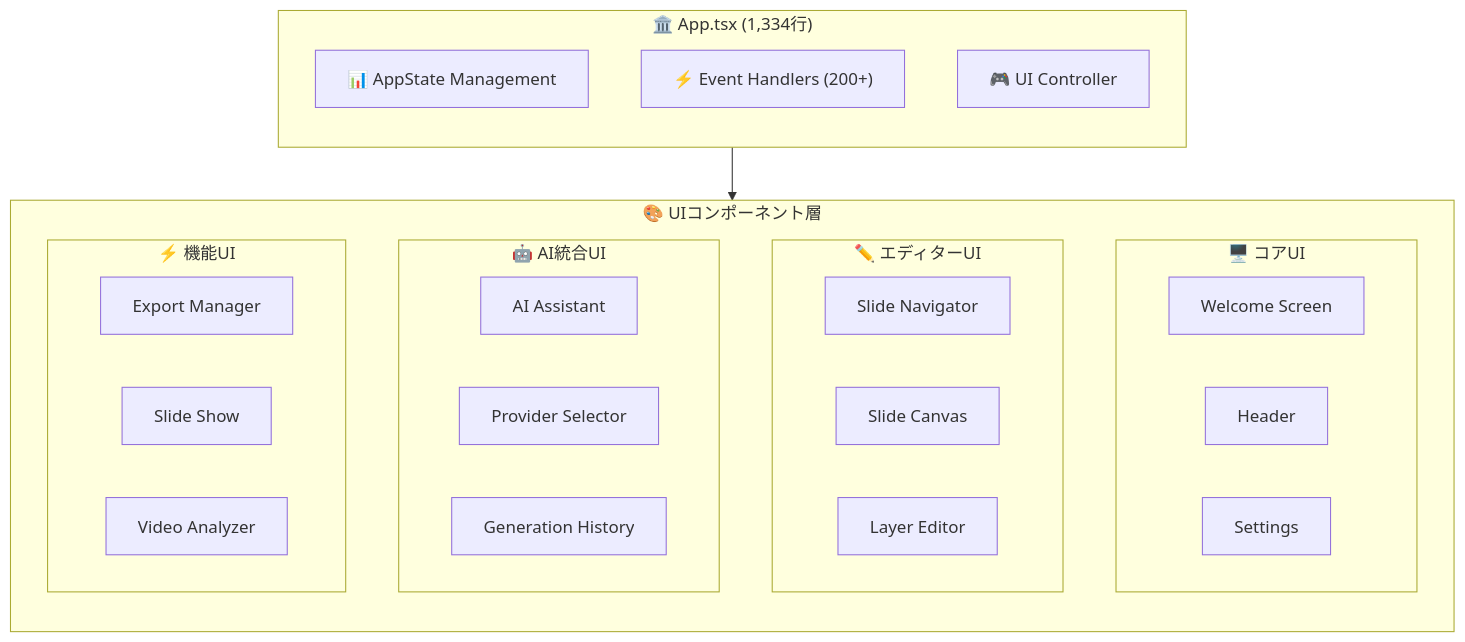
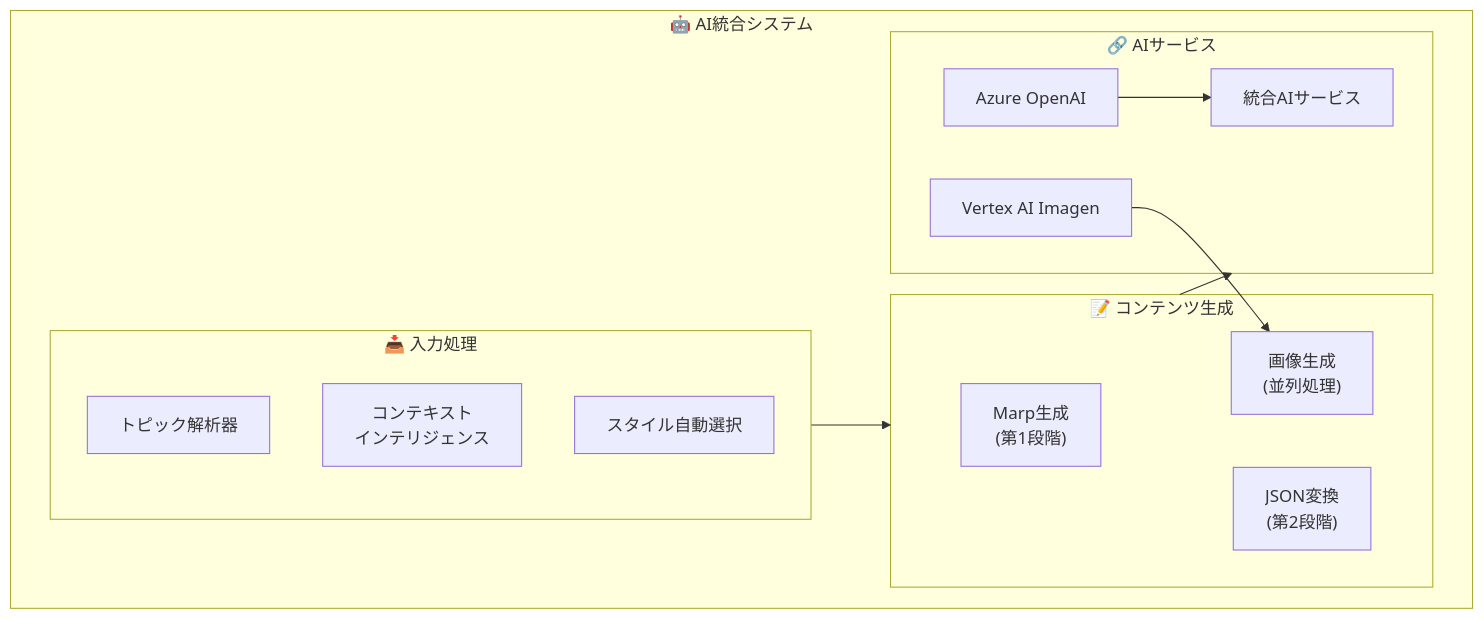
The second of 9 diagrams in docs/02_Basic_Design.md (t2k2pp/SlideMaster), drawn with Mermaid before and after one commit. The commit also changed other lines of this file and 4 other files, not shown here.

````diff
--- a/docs/02_Basic_Design.md
+++ b/docs/02_Basic_Design.md
@@ -97,40 +97,28 @@
 ```mermaid
 graph TD
-    subgraph App_Core["🏛️ App.tsx (1,334行)"]
-        direction TB
-        
-        AppState["📊 AppState Management"]
-        EventHandlers["⚡ Event Handlers (200+)"]
-        UIController["🎮 UI Controller"]
-    end
-    
-    subgraph UI_Components["🎨 UIコンポーネント層"]
-        direction TB
-        
-        subgraph Core_UI["🖥️ コアUI"]
-            Welcome["Welcome Screen"]
-            Header["Header"]
-            Settings["Settings"]
+    subgraph AI_Integration["🤖 AI統合システム"]
+        subgraph Input_Processing["📥 入力処理"]
+            TopicAnalyzer["トピック解析器"]
+            ContextIntelligence["コンテキスト<br/>インテリジェンス"]
+            StyleSelector["スタイル自動選択"]
         end
         
-        subgraph Editor_UI["✏️ エディターUI"]
-            SlideNavigator["Slide Navigator"]
-            SlideCanvas["Slide Canvas"]
-            LayerEditor["Layer Editor"]
+        subgraph Content_Generation["📝 コンテンツ生成"]
+            MarpGenerator["Marp生成<br/>(第1段階)"]
+            JSONConverter["JSON変換<br/>(第2段階)"]
+            ImageGenerator["画像生成<br/>(並列処理)"]
         end
         
-        subgraph AI_UI["🤖 AI統合UI"]
-            AIAssistant["AI Assistant"]
-            ProviderSelector["Provider Selector"]
-            GenerationHistory["Generation History"]
-        end
-        
-        subgraph Feature_UI["⚡ 機能UI"]
-            ExportManager["Export Manager"]
-            SlideShow["Slide Show"]
-            VideoAnalyzer["Video Analyzer"]
+        subgraph AI_Services["🔗 AIサービス"]
+            UnifiedAI["統合AIサービス"]
+            AzureOpenAI["Azure OpenAI"]
+            VertexImagen["Vertex AI Imagen"]
         end
     end
     
-    App_Core --> UI_Components
+    Input_Processing --> Content_Generation
+    Content_Generation --> AI_Services
+    
+    AzureOpenAI --> UnifiedAI
+    VertexImagen --> ImageGenerator
 ```
````
